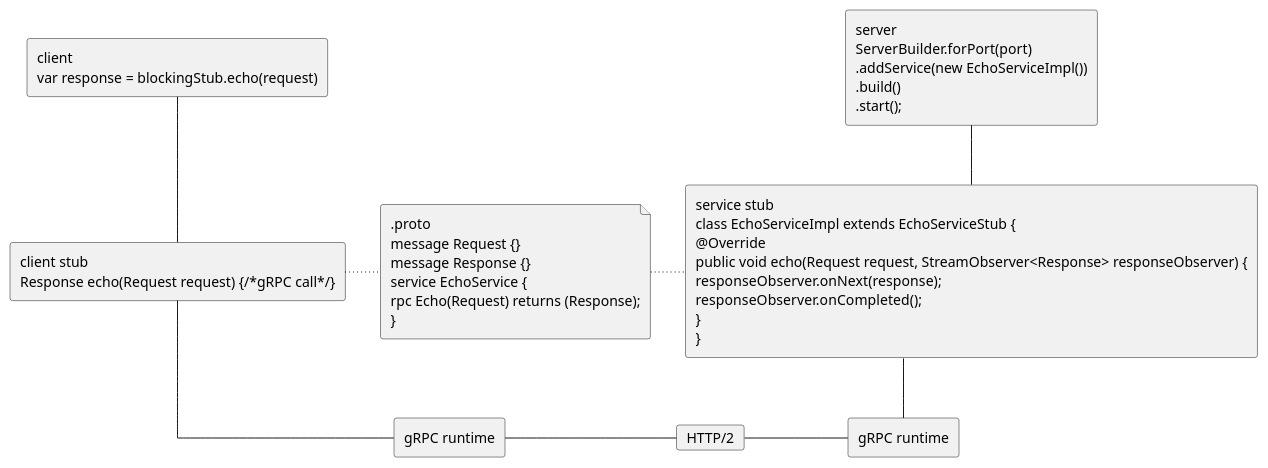
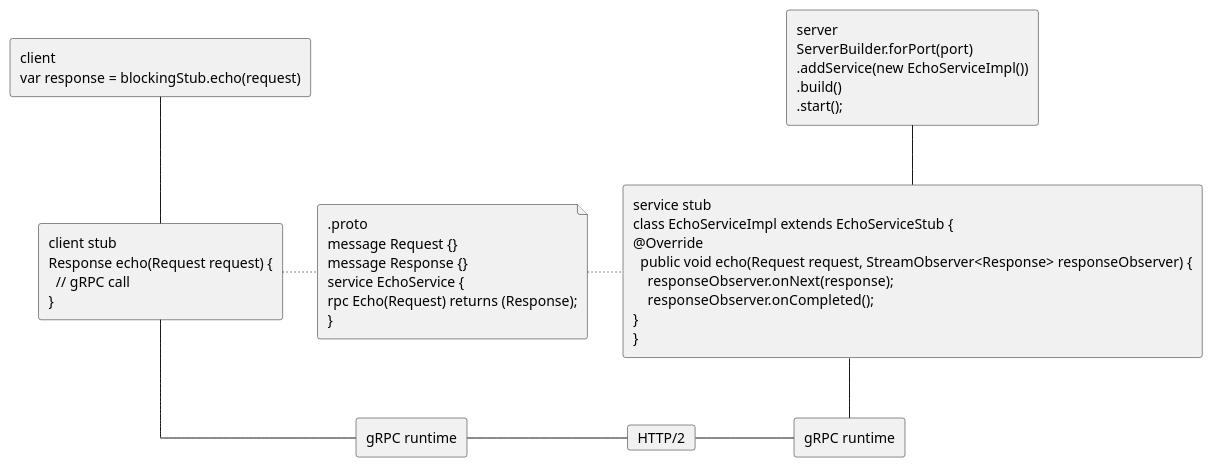
The diagram in example1/images/RPC2.puml (c0p4c4b4n4/grpc-grpc-java), drawn with PlantUML before and after one commit. The commit also changed 9 other files, not shown here.

```diff
--- a/example1/images/RPC2.puml
+++ b/example1/images/RPC2.puml
@@ -1,28 +1,28 @@
 @startuml
 
 skinparam linetype ortho
 
 rectangle "client\nvar response = blockingStub.echo(request)" as C1
-rectangle "client stub\nResponse echo(Request request) {/*gRPC call*/}" as C2
+rectangle "client stub\nResponse echo(Request request) {\n  // gRPC call\n}" as C2
 rectangle "gRPC runtime" as C3
 
 rectangle "server\nServerBuilder.forPort(port)\n.addService(new EchoServiceImpl())\n.build()\n.start();" as S1
-rectangle "service stub\nclass EchoServiceImpl extends EchoServiceStub {\n@Override\npublic void echo(Request request, StreamObserver<Response> responseObserver) {\nresponseObserver.onNext(response);\nresponseObserver.onCompleted();\n}\n}" as S2
+rectangle "service stub\nclass EchoServiceImpl extends EchoServiceStub {\n@Override\n  public void echo(Request request, StreamObserver<Response> responseObserver) {\n    responseObserver.onNext(response);\n    responseObserver.onCompleted();\n}\n}" as S2
 rectangle "gRPC runtime" as S3
 
 file ".proto\nmessage Request {}\nmessage Response {}\nservice EchoService {\nrpc Echo(Request) returns (Response);\n}" as P
 card "HTTP/2" as H
 
 C1 -down- C2
 C2 -down- C3
 
 S1 -down- S2
 S2 -down- S3
 
 C2 --[dotted]right-- P
 P --[dotted]right-- S2
 
 C3 -right- H
 H -right- S3
 
 @enduml
```
